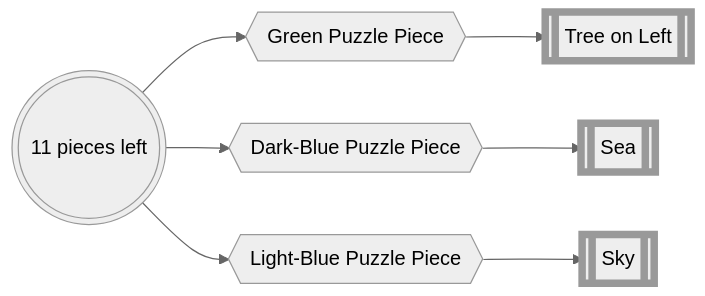
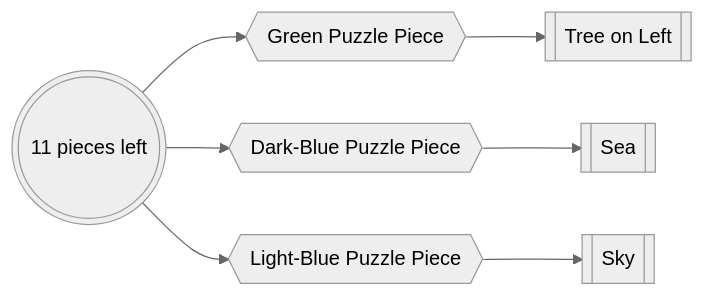
One commit to 198thread/lineup changed the second of 3 diagrams in README.md. Above: the diagram before and after it, drawn with Mermaid (neutral theme). The commit also changed other lines of this file, not shown here.

Commit message:
Update README.md
updated mermaid diagram styles and annotations

````diff
--- a/README.md
+++ b/README.md
@@ -15,13 +15,9 @@
 ```mermaid
 graph LR;
-    style E stroke-width:6px
-    style D stroke-width:6px
-    style G stroke-width:6px
-
     A(((11 pieces left))) --> B{{Green Puzzle Piece}}
-    B --> E[["Tree on Left"]]
+    B --> E[[Tree on Left]]
     A --> C{{Dark-Blue Puzzle Piece}}
-    C --> D[["Sea"]]
+    C --> D[[Sea]]
     A --> F{{Light-Blue Puzzle Piece}}
-    F --> G[["Sky"]]
+    F --> G[[Sky]]
 ```
````
